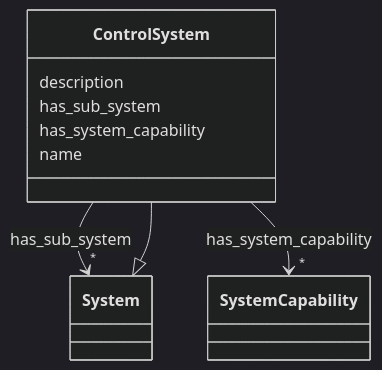
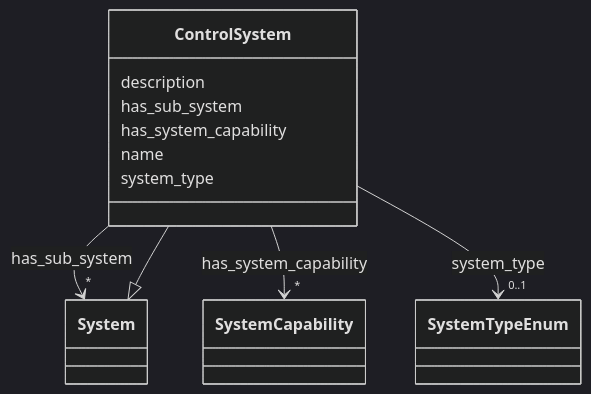
One commit to pals-project/pals-facility-config changed the diagram in docs_narad/ControlSystem.md. Above: the diagram before and after it, drawn with Mermaid (dark theme). The commit also changed other lines of this file and 126 other files, not shown here.

````diff
--- a/docs_narad/ControlSystem.md
+++ b/docs_narad/ControlSystem.md
@@ -20,35 +20,46 @@
 ```mermaid
  classDiagram
     class ControlSystem
     click ControlSystem href "../ControlSystem/"
       System <|-- ControlSystem
         click System href "../System/"
       
       ControlSystem : description
         
       ControlSystem : has_sub_system
         
           
     
         
         
         ControlSystem --> "*" System : has_sub_system
         click System href "../System/"
     
 
         
       ControlSystem : has_system_capability
         
           
     
         
         
         ControlSystem --> "*" SystemCapability : has_system_capability
         click SystemCapability href "../SystemCapability/"
     
 
         
       ControlSystem : name
         
+      ControlSystem : system_type
+        
+          
+    
+        
+        
+        ControlSystem --> "0..1" SystemTypeEnum : system_type
+        click SystemTypeEnum href "../SystemTypeEnum/"
+    
+
+        
       
 ```
````
